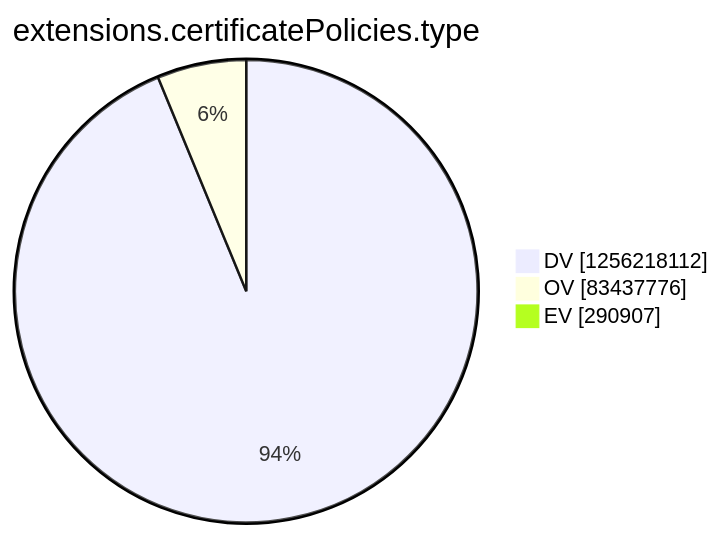
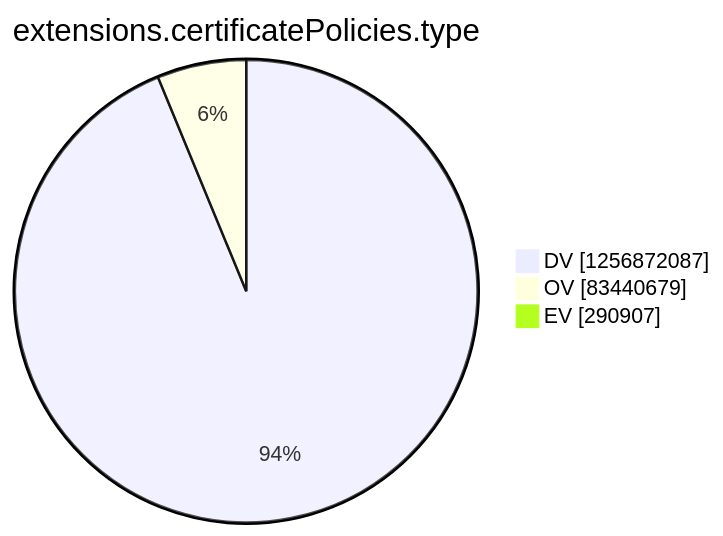
Before and after one commit to christiankrug/ctmonitor_visualization: the tenth of 15 diagrams in argon2022/README.md, drawn with Mermaid. The commit also changed other lines of this file, not shown here.

````diff
--- a/argon2022/README.md
+++ b/argon2022/README.md
@@ -2771,7 +2771,7 @@
 ```mermaid
 pie showData
 title extensions.certificatePolicies.type
-"DV" :1256218112
-"OV" :83437776
+"DV" :1256872087
+"OV" :83440679
 "EV" :290907
 ```
````
